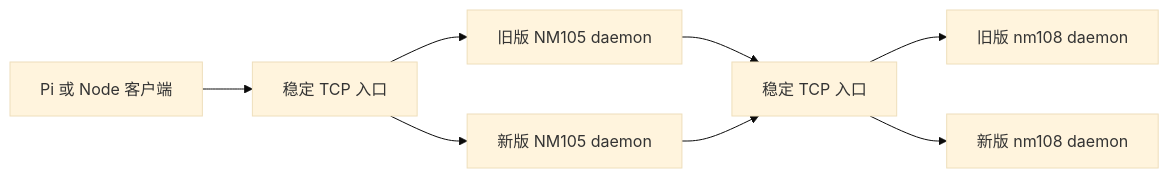
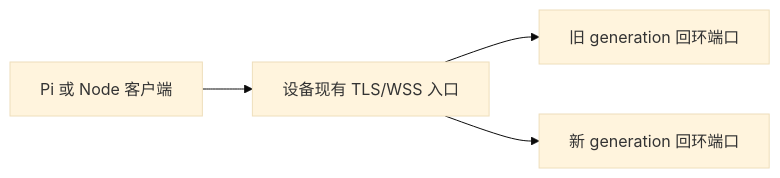
The diagram in docs/operations/REMOTE_EXEC_ZERO_DOWNTIME_UPGRADE.md (JhihJian/remote-exec), drawn with Mermaid (base theme) before and after one commit. The commit also changed other lines of this file and 1 other file, not shown here.

````diff
--- a/docs/operations/REMOTE_EXEC_ZERO_DOWNTIME_UPGRADE.md
+++ b/docs/operations/REMOTE_EXEC_ZERO_DOWNTIME_UPGRADE.md
@@ -21,10 +20,6 @@
 ```mermaid
 flowchart LR
-  client[Pi 或 Node 客户端] --> edge105[稳定 TCP 入口]
-  edge105 --> old105[旧版 NM105 daemon]
-  edge105 --> new105[新版 NM105 daemon]
-  old105 --> edge108[稳定 TCP 入口]
-  new105 --> edge108
-  edge108 --> old108[旧版 nm108 daemon]
-  edge108 --> new108[新版 nm108 daemon]
+  client[Pi 或 Node 客户端] --> edge[设备现有 TLS/WSS 入口]
+  edge --> old[旧 generation 回环端口]
+  edge --> next[新 generation 回环端口]
 ```
````
